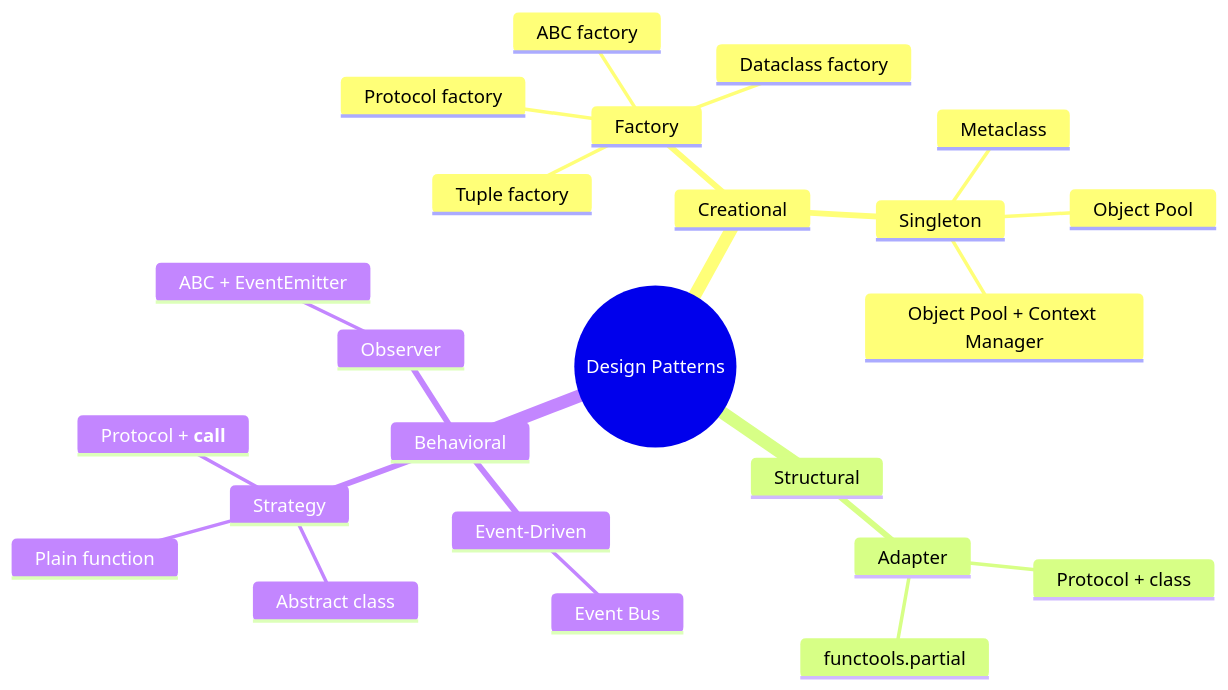
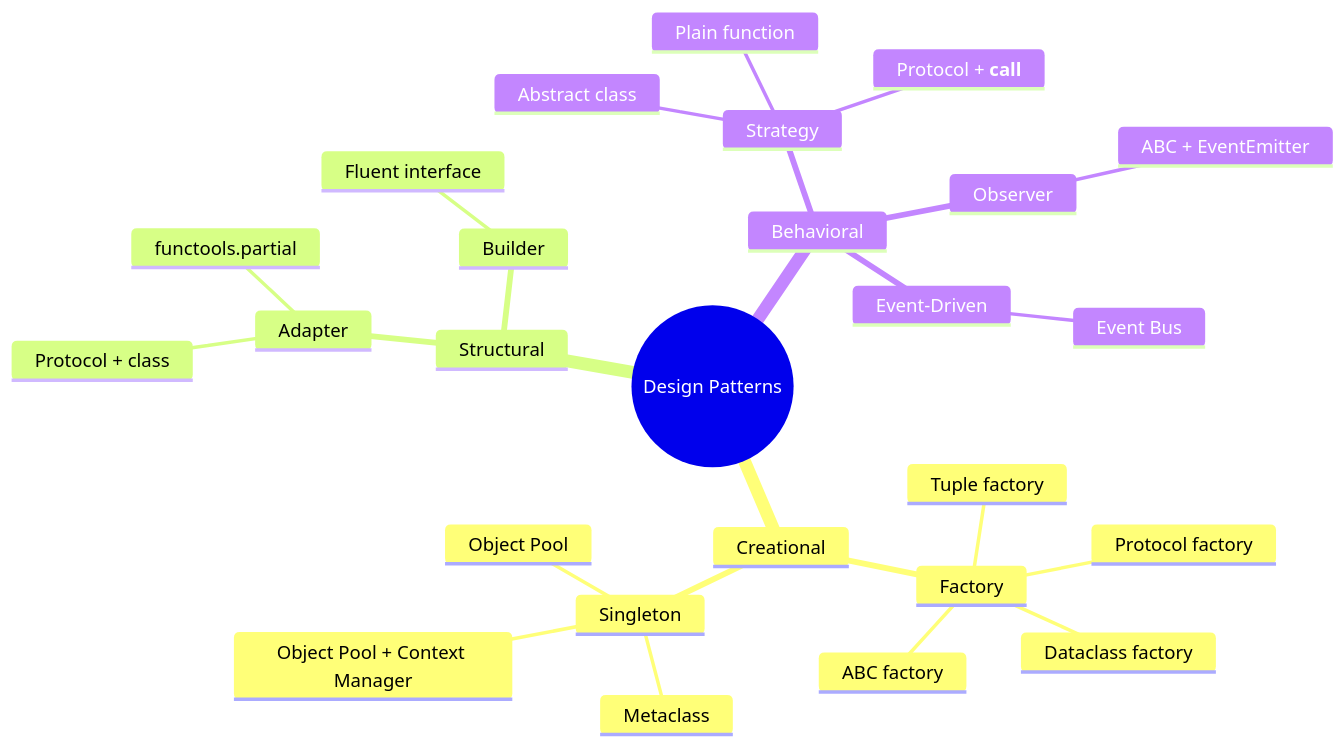
One commit to ka-us-tubh/design-pattern changed the diagram in README.md. Above: the diagram before and after it, drawn with Mermaid. The commit also changed other lines of this file and 2 other files, not shown here.

Commit message:
added builder

````diff
--- a/README.md
+++ b/README.md
@@ -62,27 +65,29 @@
 ```mermaid
 mindmap
   root((Design Patterns))
     Creational
       Factory
         ABC factory
         Protocol factory
         Dataclass factory
         Tuple factory
       Singleton
         Metaclass
         Object Pool
         Object Pool + Context Manager
     Structural
       Adapter
         Protocol + class
         functools.partial
+      Builder
+        Fluent interface
     Behavioral
       Strategy
         Abstract class
         Protocol + __call__
         Plain function
       Observer
         ABC + EventEmitter
       Event-Driven
         Event Bus
 ```
````
